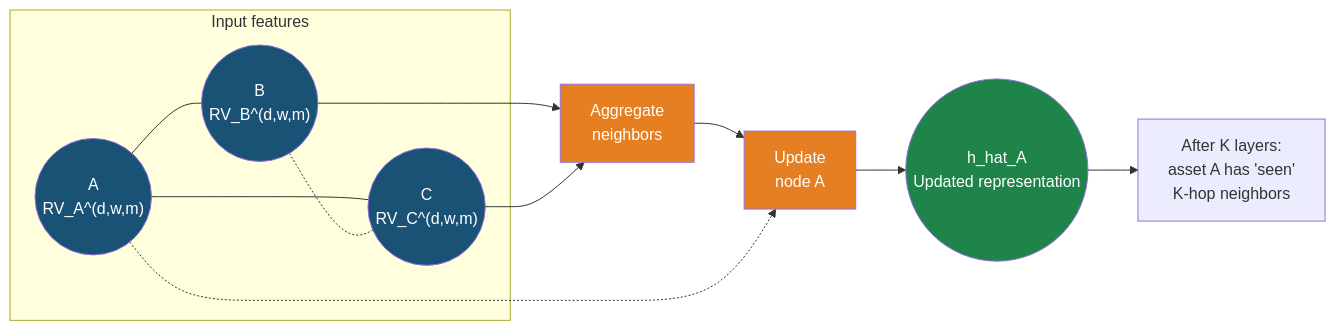
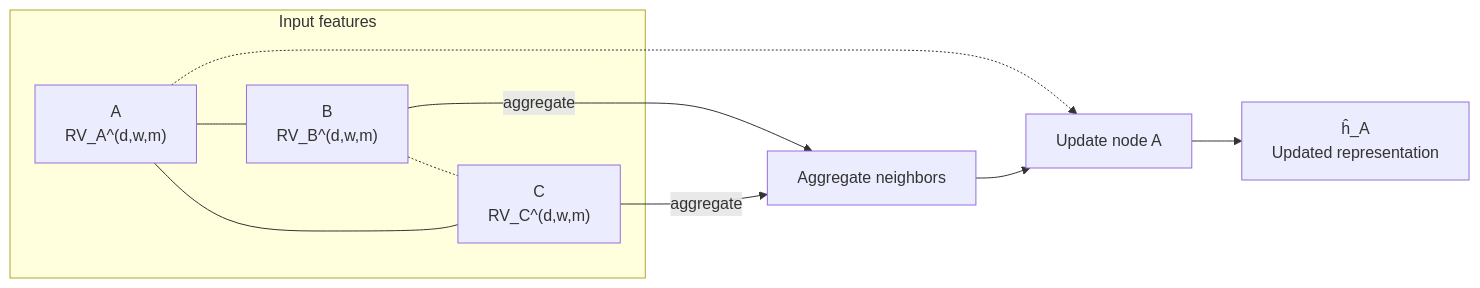
Before and after one commit to xRyann2255/ML-GS: the fourth of 4 diagrams in vol-learning-guide/markdown/ch14-multivariate-volatility.md, drawn with Mermaid. The commit also changed other lines of this file and 19 other files, not shown here.

````diff
--- a/vol-learning-guide/markdown/ch14-multivariate-volatility.md
+++ b/vol-learning-guide/markdown/ch14-multivariate-volatility.md
@@ -351,23 +275,16 @@
 ```mermaid
 flowchart LR
     subgraph input["Input features"]
-        A(("A<br/>RV_A^(d,w,m)"))
-        B(("B<br/>RV_B^(d,w,m)"))
-        C(("C<br/>RV_C^(d,w,m)"))
+        a0["A<br/>RV_A^(d,w,m)"]
+        b0["B<br/>RV_B^(d,w,m)"]
+        c0["C<br/>RV_C^(d,w,m)"]
     end
-    A --- B
-    A --- C
-    B -.- C
-    B --> agg["Aggregate<br/>neighbors"]
-    C --> agg
-    agg --> upd["Update<br/>node A"]
-    A -.-> upd
-    upd --> out(("h_hat_A<br/>Updated representation"))
-    out --> ann["After K layers:<br/>asset A has 'seen'<br/>K-hop neighbors"]
-    style A fill:#1a5276,color:#fff
-    style B fill:#1a5276,color:#fff
-    style C fill:#1a5276,color:#fff
-    style agg fill:#e67e22,color:#fff
-    style upd fill:#e67e22,color:#fff
-    style out fill:#1e8449,color:#fff
+    b0 -->|aggregate| agg["Aggregate neighbors"]
+    c0 -->|aggregate| agg
+    agg --> upd["Update node A"]
+    a0 -.-> upd
+    upd --> out["ĥ_A<br/>Updated representation"]
+    a0 --- b0
+    a0 --- c0
+    b0 -.- c0
 ```
````
